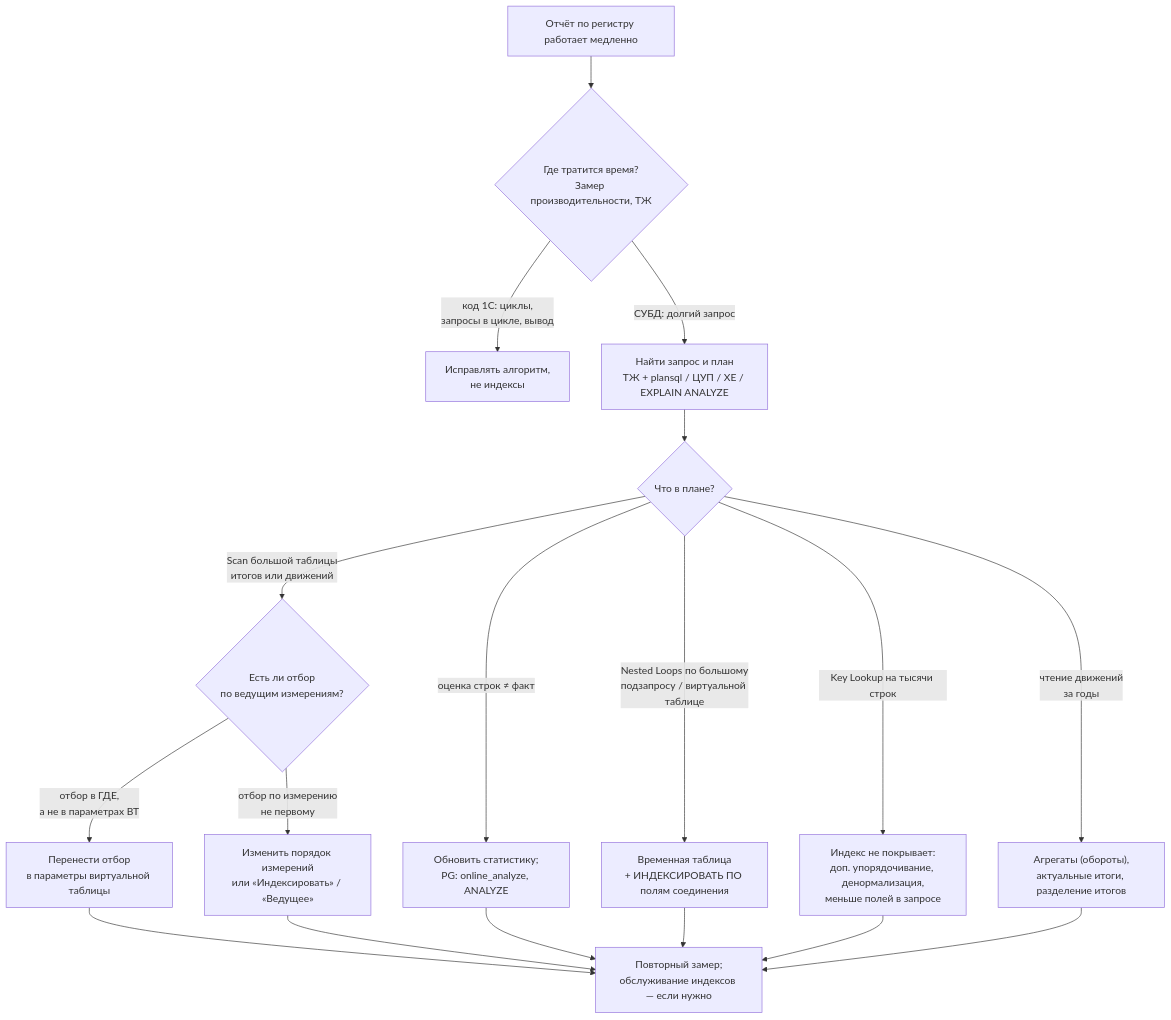
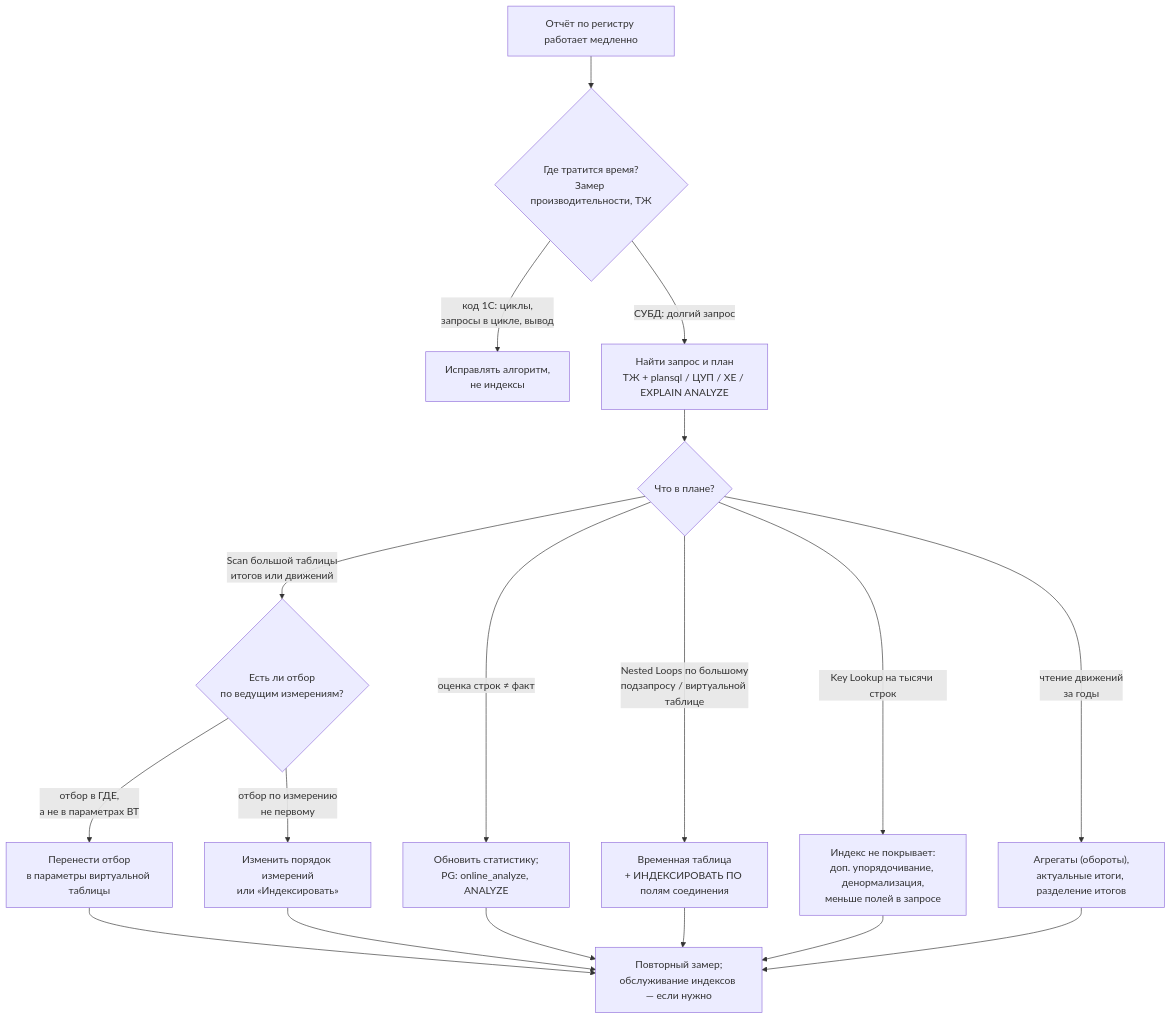
One commit to shultzMAN87/indexes-1c-attestation changed the third of 3 diagrams in docs/06-obsluzhivanie-diagnostika.md. Above: the diagram before and after it, drawn with Mermaid. The commit also changed other lines of this file and 6 other files, not shown here.

````diff
--- a/docs/06-obsluzhivanie-diagnostika.md
+++ b/docs/06-obsluzhivanie-diagnostika.md
@@ -188,15 +190,15 @@
 ```mermaid
 flowchart TB
     A["Отчёт по регистру работает медленно"] --> B{"Где тратится время?<br/>Замер производительности, ТЖ"}
     B -->|"код 1С: циклы,<br/>запросы в цикле, вывод"| B1["Исправлять алгоритм,<br/>не индексы"]
     B -->|"СУБД: долгий запрос"| C["Найти запрос и план<br/>ТЖ + plansql / ЦУП / XE / EXPLAIN ANALYZE"]
     C --> D{"Что в плане?"}
     D -->|"Scan большой таблицы<br/>итогов или движений"| E{"Есть ли отбор<br/>по ведущим измерениям?"}
     E -->|"отбор в ГДЕ,<br/>а не в параметрах ВТ"| E1["Перенести отбор<br/>в параметры виртуальной таблицы"]
-    E -->|"отбор по измерению<br/>не первому"| E2["Изменить порядок измерений<br/>или «Индексировать» / «Ведущее»"]
+    E -->|"отбор по измерению<br/>не первому"| E2["Изменить порядок измерений<br/>или «Индексировать»"]
     D -->|"оценка строк ≠ факт"| F["Обновить статистику;<br/>PG: online_analyze, ANALYZE"]
     D -->|"Nested Loops по большому<br/>подзапросу / виртуальной таблице"| G["Временная таблица<br/>+ ИНДЕКСИРОВАТЬ ПО полям соединения"]
     D -->|"Key Lookup на тысячи строк"| H["Индекс не покрывает:<br/>доп. упорядочивание, денормализация,<br/>меньше полей в запросе"]
     D -->|"чтение движений<br/>за годы"| I["Агрегаты (обороты),<br/>актуальные итоги, разделение итогов"]
     E1 & E2 & F & G & H & I --> J["Повторный замер;<br/>обслуживание индексов — если нужно"]
 ```
````
